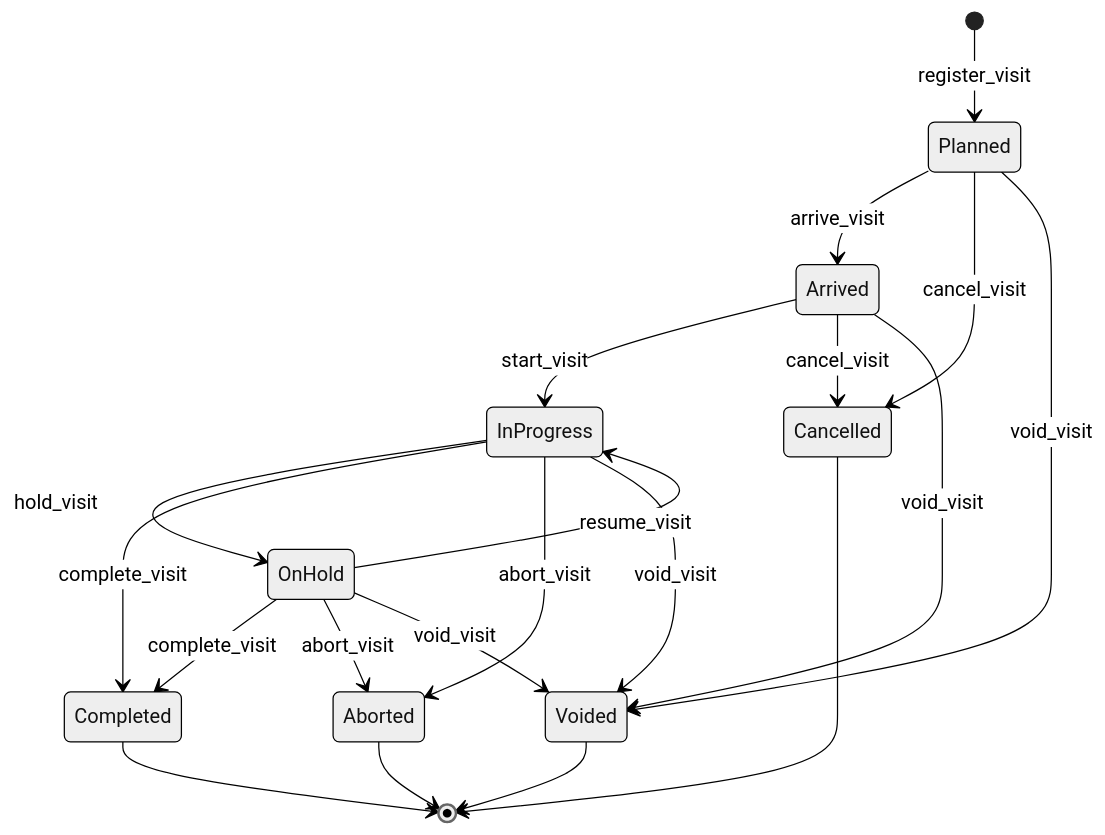
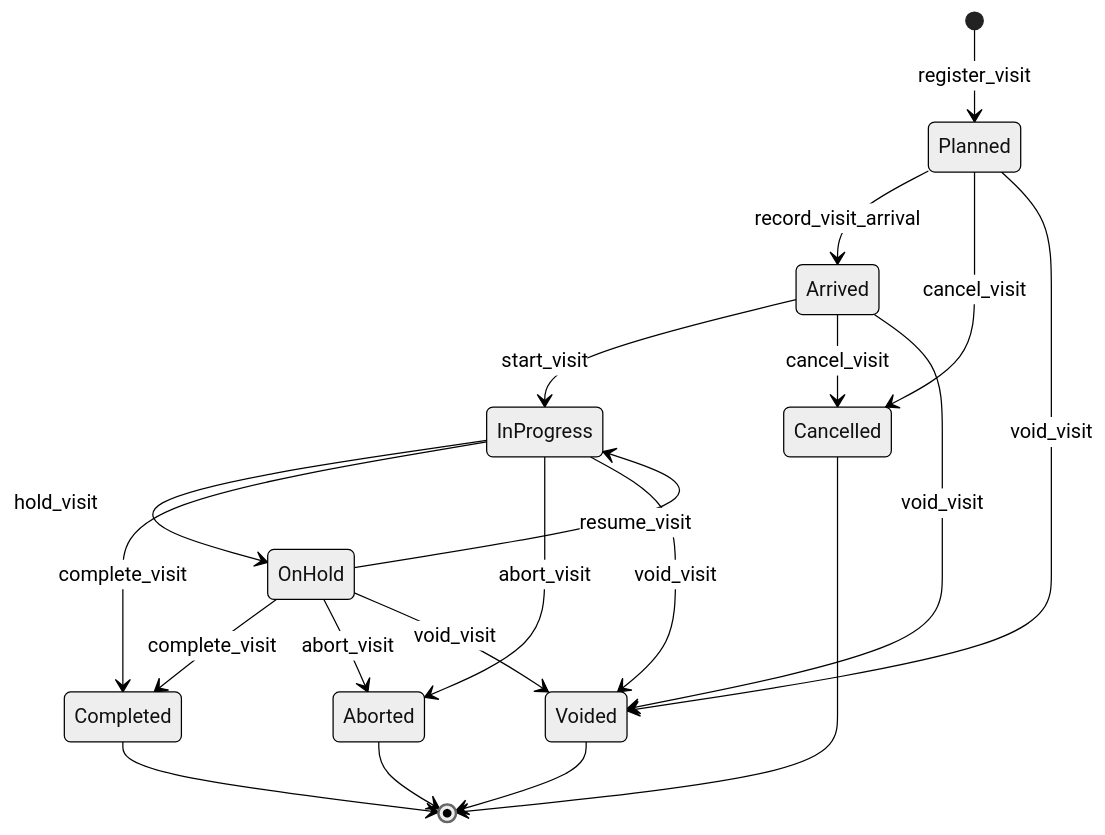
The second of 2 diagrams in docs/architecture/modules/trust/index.md (mittoalb/cora), drawn with Mermaid (neutral theme) before and after one commit. The commit also changed other lines of this file and 54 other files, not shown here.

First line of the commit message:
refactor(naming): settle suspend/hold split; rename revise->update, arrive->record-arrival (#318)

````diff
--- a/docs/architecture/modules/trust/index.md
+++ b/docs/architecture/modules/trust/index.md
@@ -85,22 +85,22 @@
 ```mermaid
 stateDiagram-v2
     [*] --> Planned: register_visit
-    Planned --> Arrived: arrive_visit
+    Planned --> Arrived: record_visit_arrival
     Arrived --> InProgress: start_visit
     InProgress --> OnHold: hold_visit
     OnHold --> InProgress: resume_visit
     InProgress --> Completed: complete_visit
     OnHold --> Completed: complete_visit
     Planned --> Cancelled: cancel_visit
     Arrived --> Cancelled: cancel_visit
     InProgress --> Aborted: abort_visit
     OnHold --> Aborted: abort_visit
     Planned --> Voided: void_visit
     Arrived --> Voided: void_visit
     InProgress --> Voided: void_visit
     OnHold --> Voided: void_visit
     Completed --> [*]
     Cancelled --> [*]
     Aborted --> [*]
     Voided --> [*]
 ```
````
